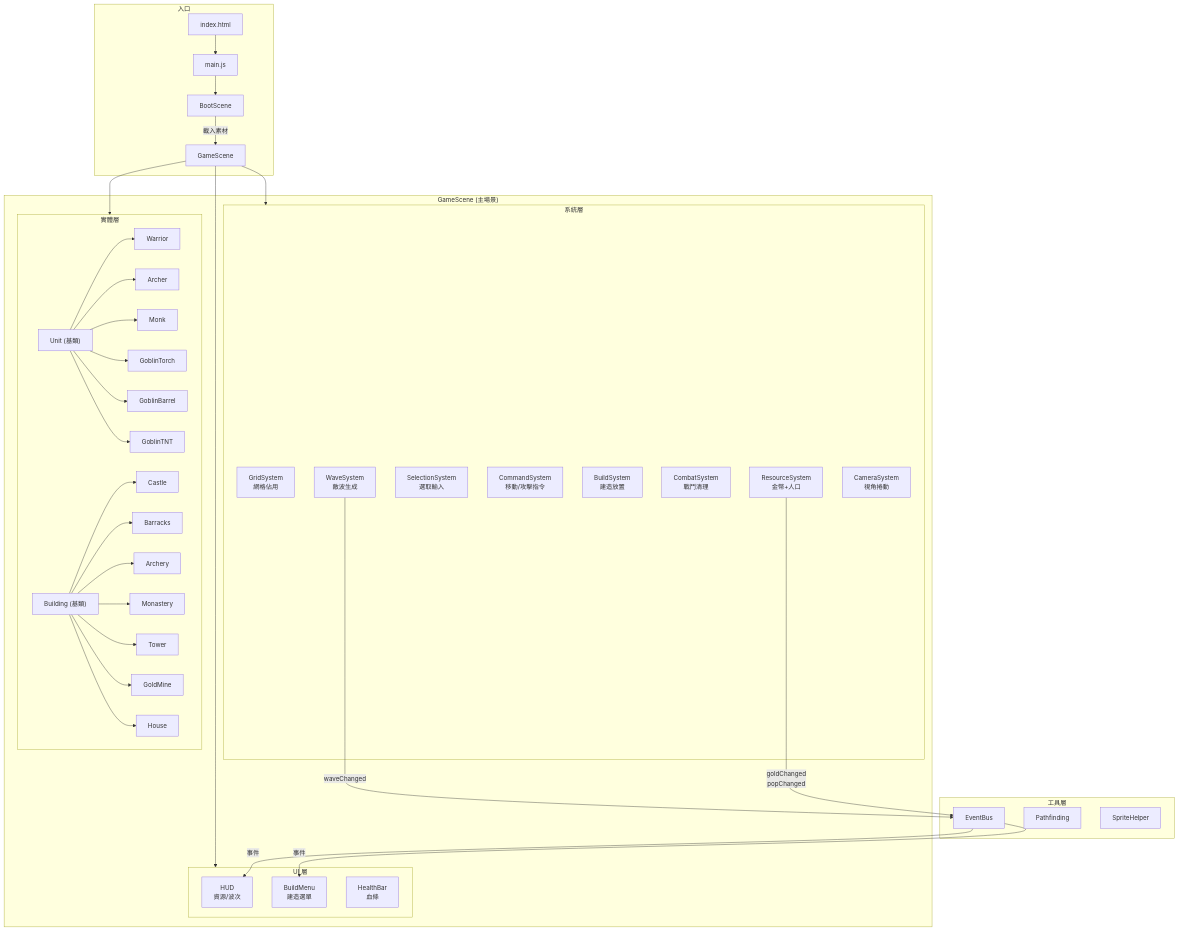
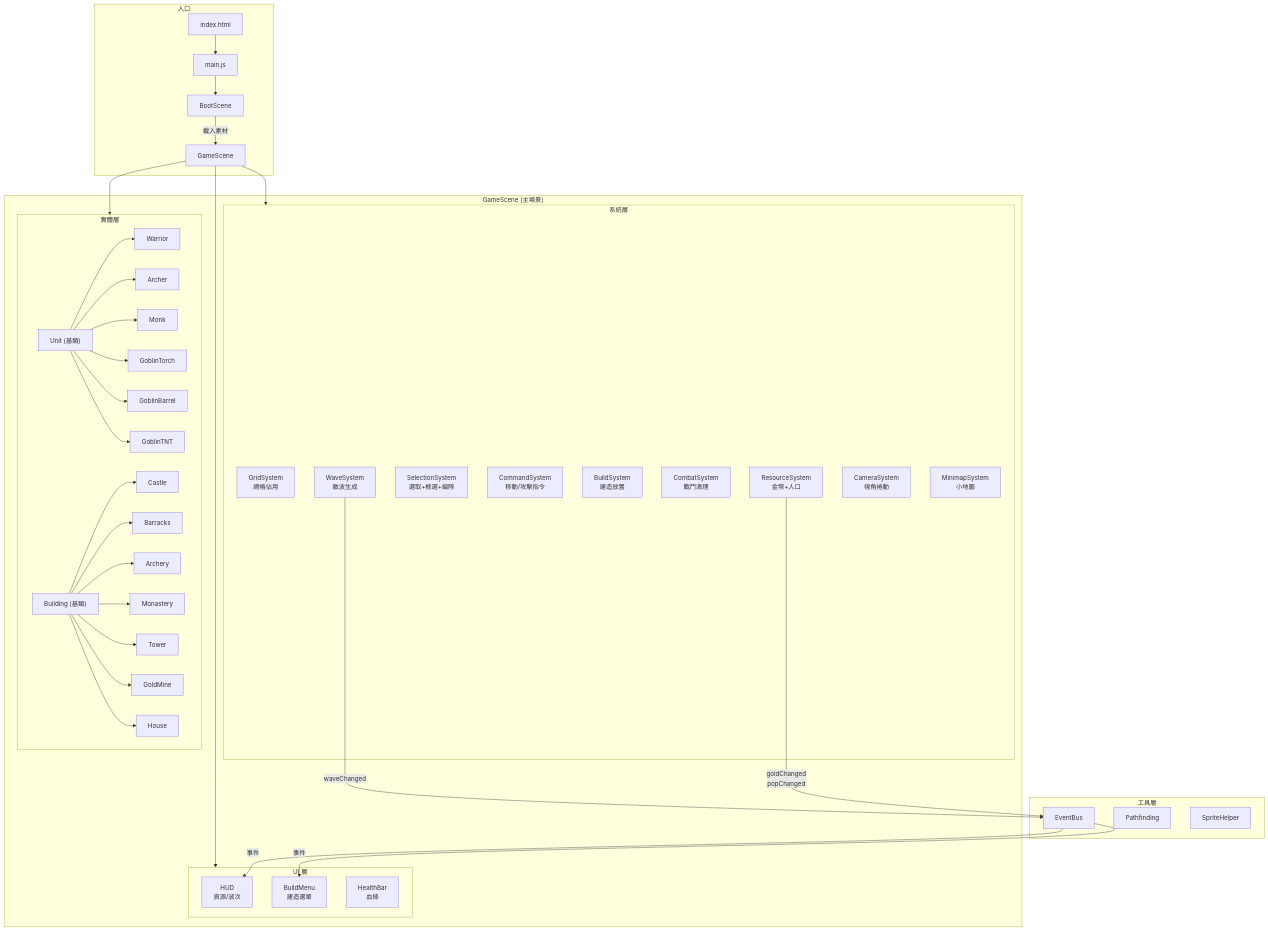
One commit to kamisan118/tiny_sword changed the first of 9 diagrams in docs/architecture.md. Above: the diagram before and after it, drawn with Mermaid. The commit also changed other lines of this file and 3 other files, not shown here.

````diff
--- a/docs/architecture.md
+++ b/docs/architecture.md
@@ -76,60 +86,61 @@
 ```mermaid
 graph TB
     subgraph Entry["入口"]
         HTML["index.html"] --> Main["main.js"]
         Main --> Boot["BootScene"]
         Boot -->|"載入素材"| Game["GameScene"]
     end
 
     subgraph Scene["GameScene (主場景)"]
         Game --> Systems
         Game --> Entities
         Game --> UI
     end
 
     subgraph Systems["系統層"]
         GS["GridSystem<br/>網格佔用"]
         RS["ResourceSystem<br/>金幣+人口"]
-        SS["SelectionSystem<br/>選取輸入"]
+        SS["SelectionSystem<br/>選取+框選+編隊"]
         CS["CommandSystem<br/>移動/攻擊指令"]
         BS["BuildSystem<br/>建造放置"]
         CB["CombatSystem<br/>戰鬥清理"]
         WS["WaveSystem<br/>敵波生成"]
         CAM["CameraSystem<br/>視角捲動"]
+        MM["MinimapSystem<br/>小地圖"]
     end
 
     subgraph Entities["實體層"]
         U["Unit (基類)"]
         B["Building (基類)"]
         U --> W["Warrior"]
         U --> A["Archer"]
         U --> MK["Monk"]
         U --> GT["GoblinTorch"]
         U --> GB["GoblinBarrel"]
         U --> GTNT["GoblinTNT"]
         B --> CA["Castle"]
         B --> BA["Barracks"]
         B --> AR["Archery"]
         B --> MO["Monastery"]
         B --> TW["Tower"]
         B --> GM["GoldMine"]
         B --> HO["House"]
     end
 
     subgraph UI["UI 層"]
         HUD["HUD<br/>資源/波次"]
         BM["BuildMenu<br/>建造選單"]
         HB["HealthBar<br/>血條"]
     end
 
     subgraph Utils["工具層"]
         EB["EventBus"]
         PF["Pathfinding"]
         SH["SpriteHelper"]
     end
 
     RS -->|"goldChanged<br/>popChanged"| EB
     EB -->|"事件"| HUD
     EB -->|"事件"| BM
     WS -->|"waveChanged"| EB
 ```
````
